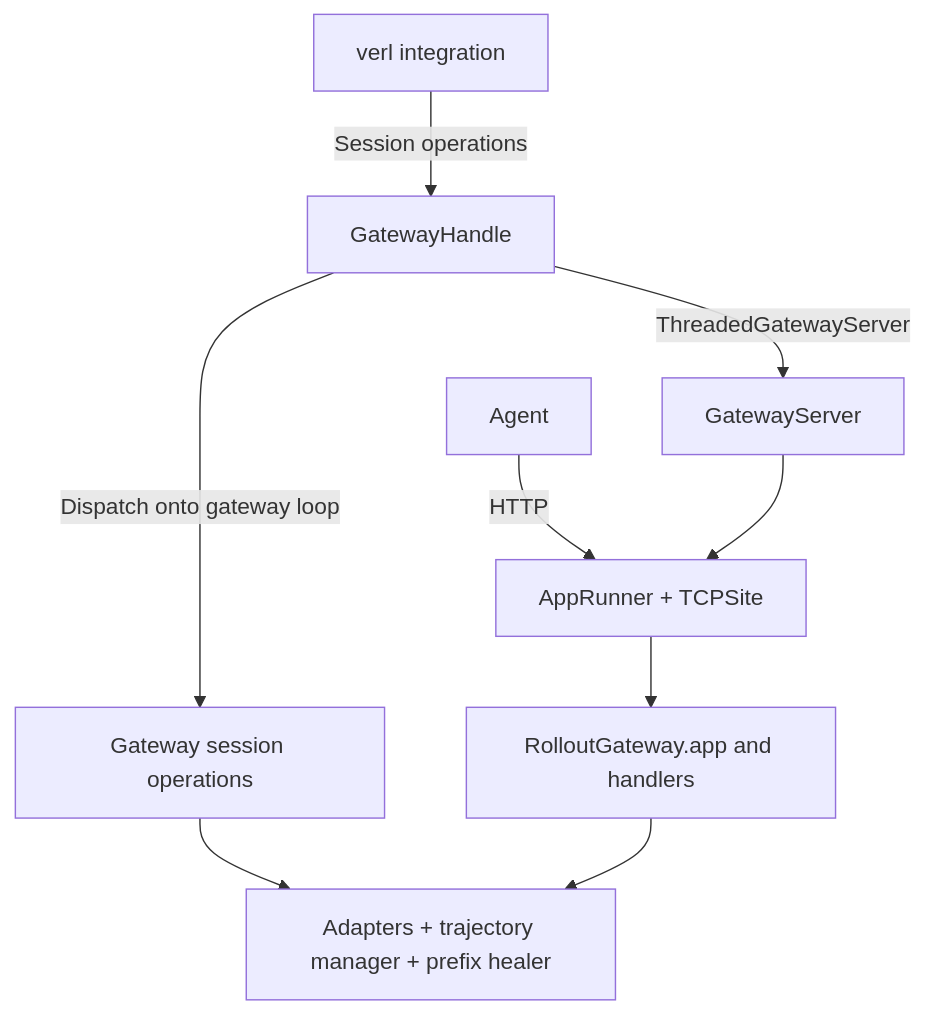
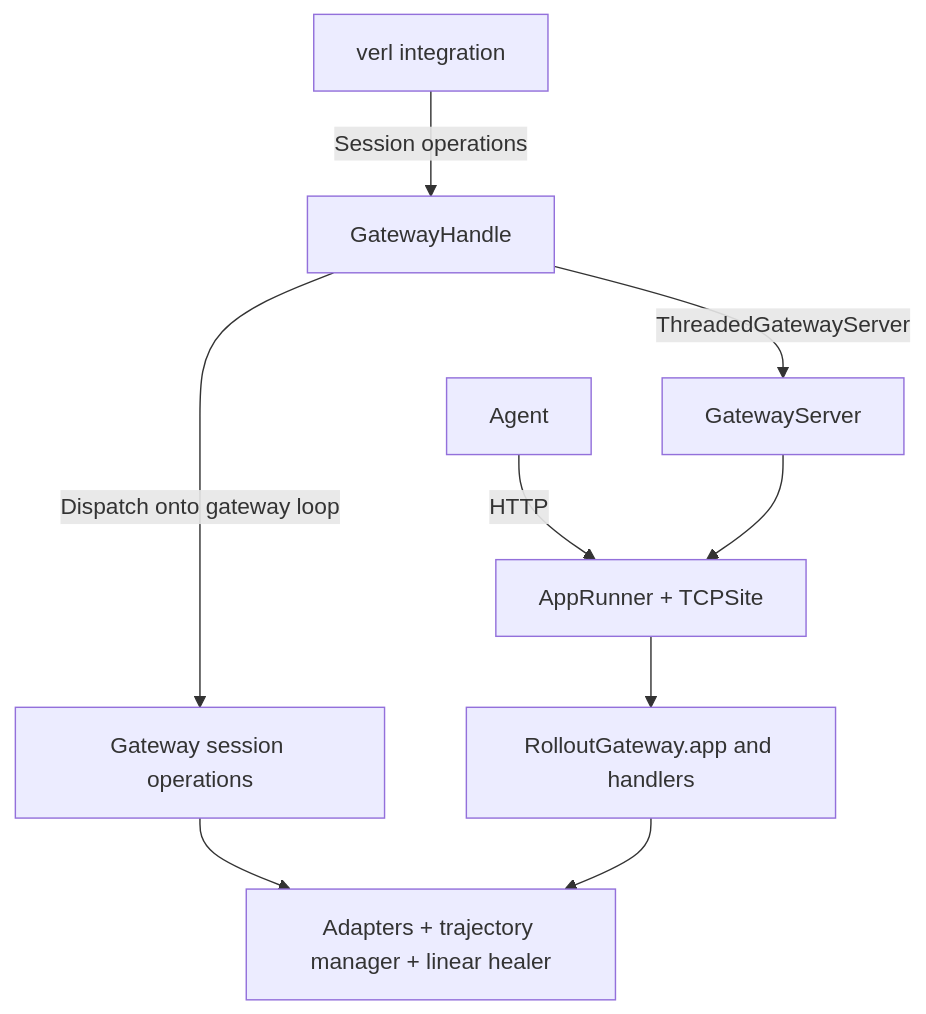
Before and after one commit to awslabs/agentcore-rl-toolkit: the diagram in designs/gateway_serving_and_workers.md, drawn with Mermaid. The commit also changed other lines of this file and 23 other files, not shown here.

First line of the commit message:
refactor(rollout_gateway): keep LinearHealer and linear history mode names

````diff
--- a/designs/gateway_serving_and_workers.md
+++ b/designs/gateway_serving_and_workers.md
@@ -62,11 +62,11 @@
 ```mermaid
 flowchart TD
     Integration["verl integration"] -->|"Session operations"| Handle["GatewayHandle"]
     Handle -->|"Dispatch onto gateway loop"| Lifecycle["Gateway session operations"]
     Handle -->|"ThreadedGatewayServer"| Server["GatewayServer"]
     Agent["Agent"] -->|"HTTP"| HTTP
     Server --> HTTP["AppRunner + TCPSite"]
     HTTP --> App["RolloutGateway.app and handlers"]
-    Lifecycle --> Capture["Adapters + trajectory manager + prefix healer"]
+    Lifecycle --> Capture["Adapters + trajectory manager + linear healer"]
     App --> Capture
 ```
````
